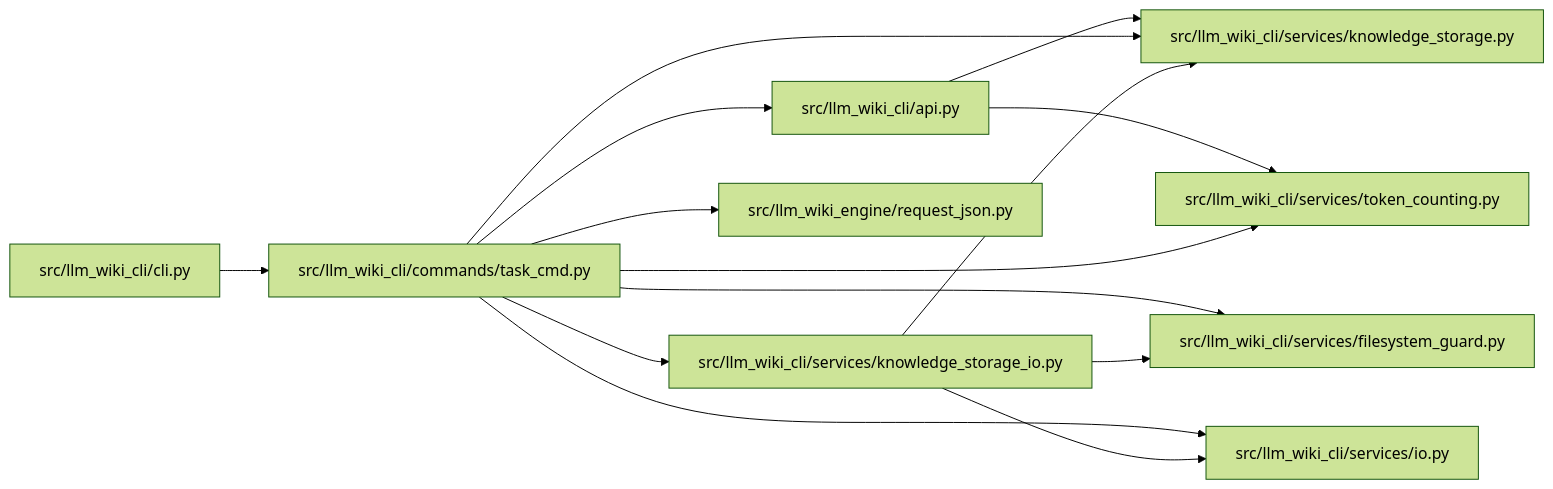
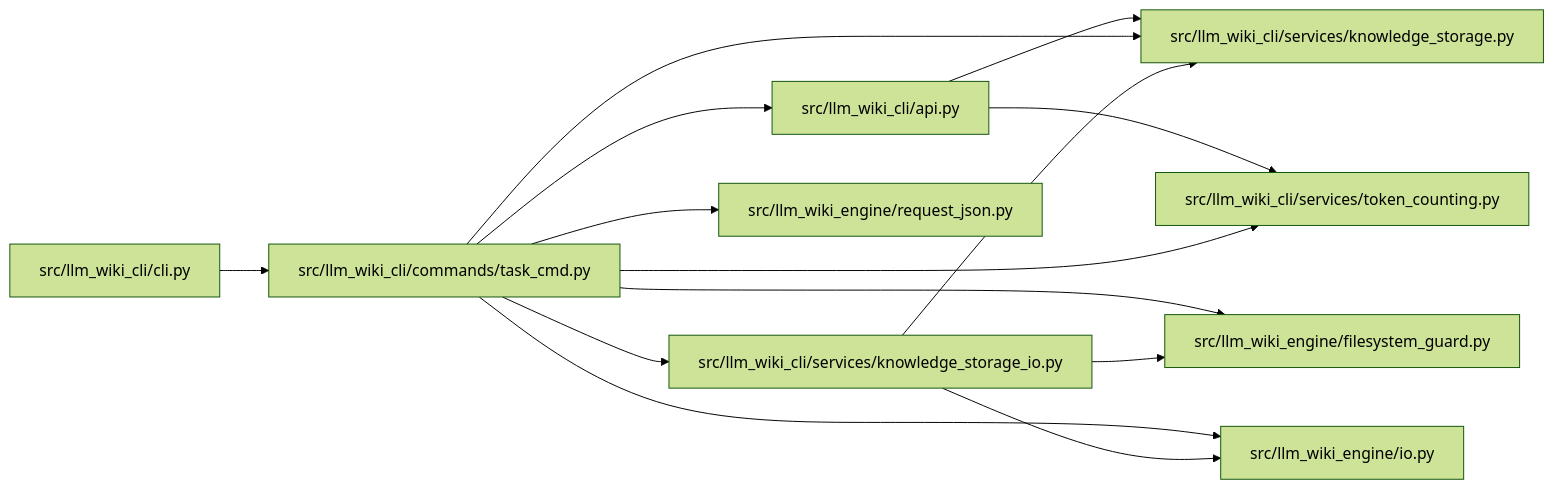
Before and after one commit to Denissvgn/python-wiki-llm: the diagram in docs/llm_wiki/modules/task_cmd.md, drawn with Mermaid (forest theme). The commit also changed other lines of this file and 739 other files, not shown here.

First line of the commit message:
docs: refresh the wiki for the second engine batch

````diff
--- a/docs/llm_wiki/modules/task_cmd.md
+++ b/docs/llm_wiki/modules/task_cmd.md
@@ -28,34 +28,34 @@
 ```mermaid
 flowchart LR
     n0["src/llm_wiki_cli/api.py"]
     n1["src/llm_wiki_cli/cli.py"]
     n2["src/llm_wiki_cli/commands/task_cmd.py"]
-    n3["src/llm_wiki_cli/services/filesystem_guard.py"]
-    n4["src/llm_wiki_cli/services/io.py"]
-    n5["src/llm_wiki_cli/services/knowledge_storage.py"]
-    n6["src/llm_wiki_cli/services/knowledge_storage_io.py"]
-    n7["src/llm_wiki_cli/services/token_counting.py"]
+    n3["src/llm_wiki_cli/services/knowledge_storage.py"]
+    n4["src/llm_wiki_cli/services/knowledge_storage_io.py"]
+    n5["src/llm_wiki_cli/services/token_counting.py"]
+    n6["src/llm_wiki_engine/filesystem_guard.py"]
+    n7["src/llm_wiki_engine/io.py"]
     n8["src/llm_wiki_engine/request_json.py"]
+    n0 --> n3
     n0 --> n5
-    n0 --> n7
     n1 --> n2
     n2 --> n0
     n2 --> n3
     n2 --> n4
     n2 --> n5
     n2 --> n6
     n2 --> n7
     n2 --> n8
-    n6 --> n3
-    n6 --> n4
-    n6 --> n5
+    n4 --> n3
+    n4 --> n6
+    n4 --> n7
     click n0 "../modules/api.md"
     click n1 "../modules/cli.md"
     click n2 "../modules/task_cmd.md"
-    click n3 "../modules/filesystem_guard.md"
-    click n4 "../modules/io.md"
-    click n5 "../modules/knowledge_storage.md"
-    click n6 "../modules/knowledge_storage_io.md"
-    click n7 "../modules/token_counting.md"
+    click n3 "../modules/knowledge_storage.md"
+    click n4 "../modules/knowledge_storage_io.md"
+    click n5 "../modules/token_counting.md"
+    click n6 "../modules/filesystem_guard.md"
+    click n7 "../modules/io.md"
     click n8 "../modules/request_json.md"
 ```
````
